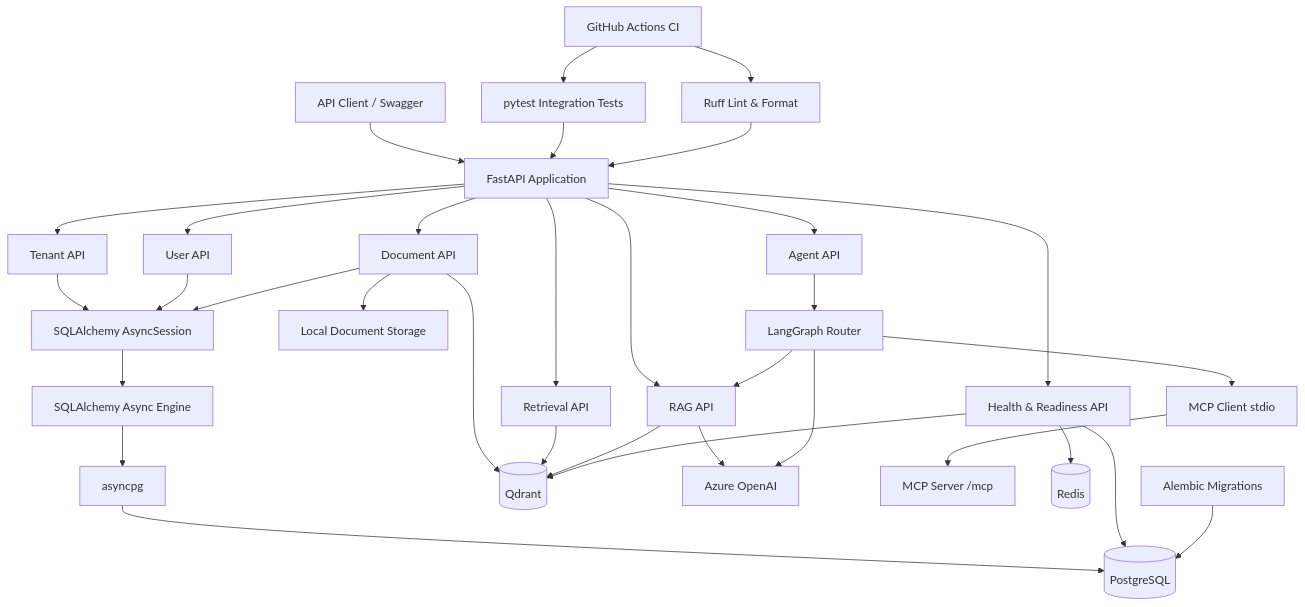
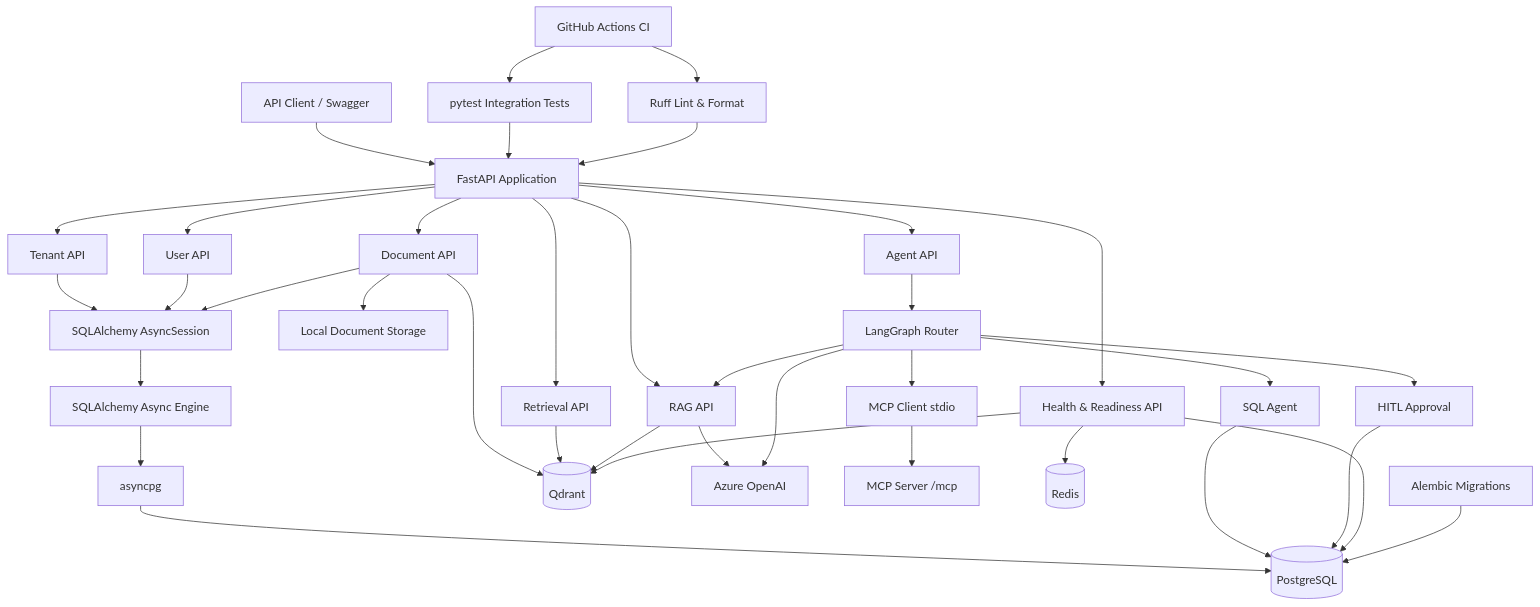
Before and after one commit to kkureli/enterprise-agentic-ai-platform: the diagram in README.md, drawn with Mermaid. The commit also changed other lines of this file and 36 other files, not shown here.

Commit message:
feat: add secure SQL agent and HITL workflows

````diff
--- a/README.md
+++ b/README.md
@@ -61,46 +52,50 @@
 ```mermaid
 flowchart TD
     Client[API Client / Swagger]
 
     Client --> FastAPI[FastAPI Application]
 
     FastAPI --> TenantAPI[Tenant API]
     FastAPI --> UserAPI[User API]
     FastAPI --> DocumentAPI[Document API]
     FastAPI --> RetrievalAPI[Retrieval API]
     FastAPI --> RagAPI[RAG API]
     FastAPI --> AgentAPI[Agent API]
     FastAPI --> HealthAPI[Health & Readiness API]
 
     TenantAPI --> Session[SQLAlchemy AsyncSession]
     UserAPI --> Session
     DocumentAPI --> Session
 
     Session --> Engine[SQLAlchemy Async Engine]
     Engine --> AsyncPG[asyncpg]
     AsyncPG --> PostgreSQL[(PostgreSQL)]
 
     DocumentAPI --> Storage[Local Document Storage]
     DocumentAPI --> Qdrant[(Qdrant)]
     RetrievalAPI --> Qdrant
     RagAPI --> Qdrant
     RagAPI --> Azure[Azure OpenAI]
     AgentAPI --> LangGraph[LangGraph Router]
     LangGraph --> RagAPI
+    LangGraph --> SQLAgent[SQL Agent]
+    SQLAgent --> PostgreSQL
     LangGraph --> MCPClient[MCP Client stdio]
     MCPClient --> MCPServer[MCP Server /mcp]
+    LangGraph --> HITL[HITL Approval]
+    HITL --> PostgreSQL
     LangGraph --> Azure
 
     HealthAPI --> PostgreSQL
     HealthAPI --> Redis[(Redis)]
     HealthAPI --> Qdrant
 
     Alembic[Alembic Migrations] --> PostgreSQL
 
     Pytest[pytest Integration Tests] --> FastAPI
     Ruff[Ruff Lint & Format] --> FastAPI
 
     GitHub[GitHub Actions CI]
     GitHub --> Ruff
     GitHub --> Pytest
 ```
````
